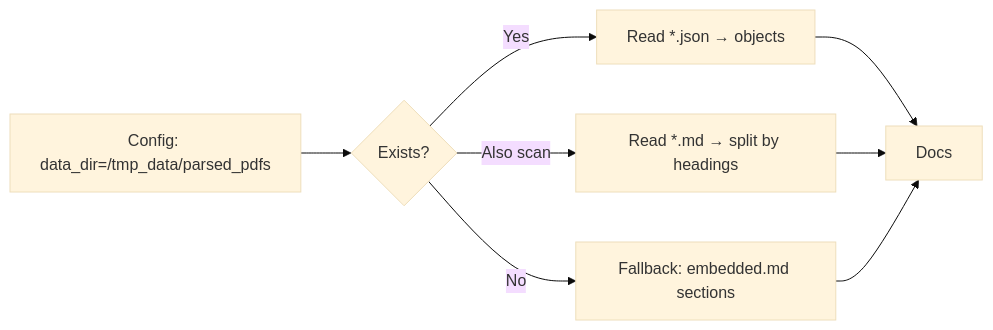
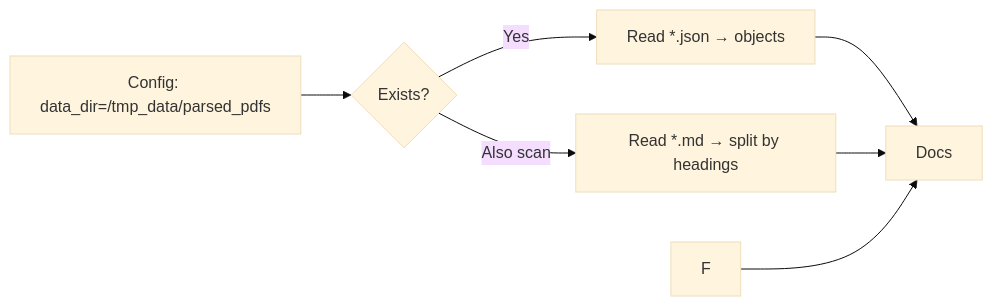
One commit to thailevann/scholar-pdf-annotations changed the first of 8 diagrams in README.md. Above: the diagram before and after it, drawn with Mermaid (base theme). The commit also changed other lines of this file, not shown here.

````diff
--- a/README.md
+++ b/README.md
@@ -13,10 +13,9 @@
 ```mermaid
 flowchart LR
   A[Config: data_dir=/tmp_data/parsed_pdfs] --> B{Exists?}
   B -- Yes --> C[Read *.json → objects]
   B -- Also scan --> D[Read *.md → split by headings]
   C --> E[Docs]
   D --> E[Docs]
-  B -- No --> F[Fallback: embedded.md sections]
   F --> E
 ```
````
